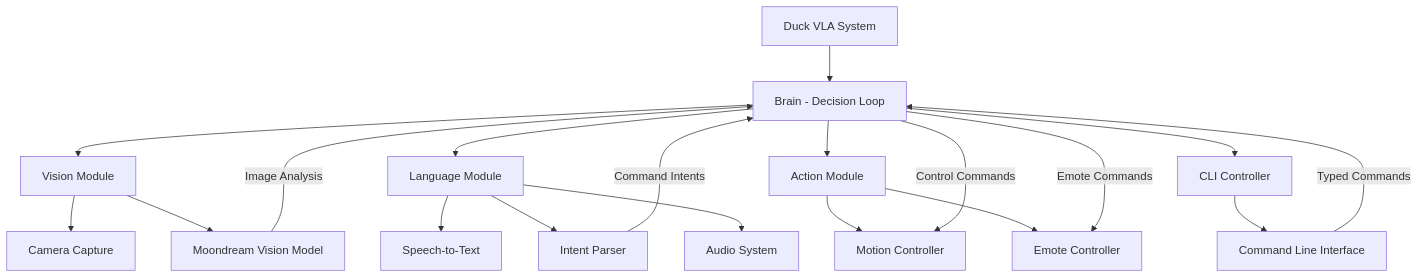
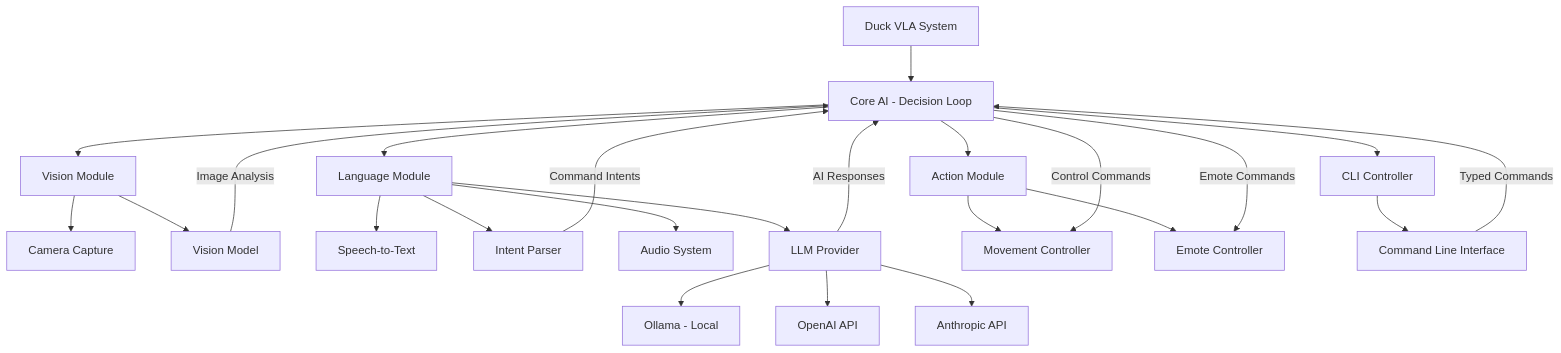
The first of 3 diagrams in duck_vla/README.md (Aronnaxx/d00t), drawn with Mermaid before and after one commit. The commit also changed other lines of this file and 5 other files, not shown here.

First line of the commit message:
feat: Update README.md and enhance run_duck.py for LLM integration

````diff
--- a/duck_vla/README.md
+++ b/duck_vla/README.md
@@ -9,27 +9,33 @@
 ```mermaid
 graph TD
-    A[Duck VLA System] --> B[Brain - Decision Loop]
+    A[Duck VLA System] --> B[Core AI - Decision Loop]
     
     B --> C[Vision Module]
     B --> D[Language Module]
     B --> E[Action Module]
     B --> F[CLI Controller]
     
     C --> C1[Camera Capture]
-    C --> C2[Moondream Vision Model]
+    C --> C2[Vision Model]
     
     D --> D1[Speech-to-Text]
     D --> D2[Intent Parser]
     D --> D3[Audio System]
+    D --> D4[LLM Provider]
     
-    E --> E1[Motion Controller]
+    E --> E1[Movement Controller]
     E --> E2[Emote Controller]
     
     F --> F1[Command Line Interface]
     
     C2 -- Image Analysis --> B
     D2 -- Command Intents --> B
+    D4 -- AI Responses --> B
     F1 -- Typed Commands --> B
     B -- Control Commands --> E1
     B -- Emote Commands --> E2
+    
+    D4 --> L1[Ollama - Local]
+    D4 --> L2[OpenAI API]
+    D4 --> L3[Anthropic API]
 ```
````
